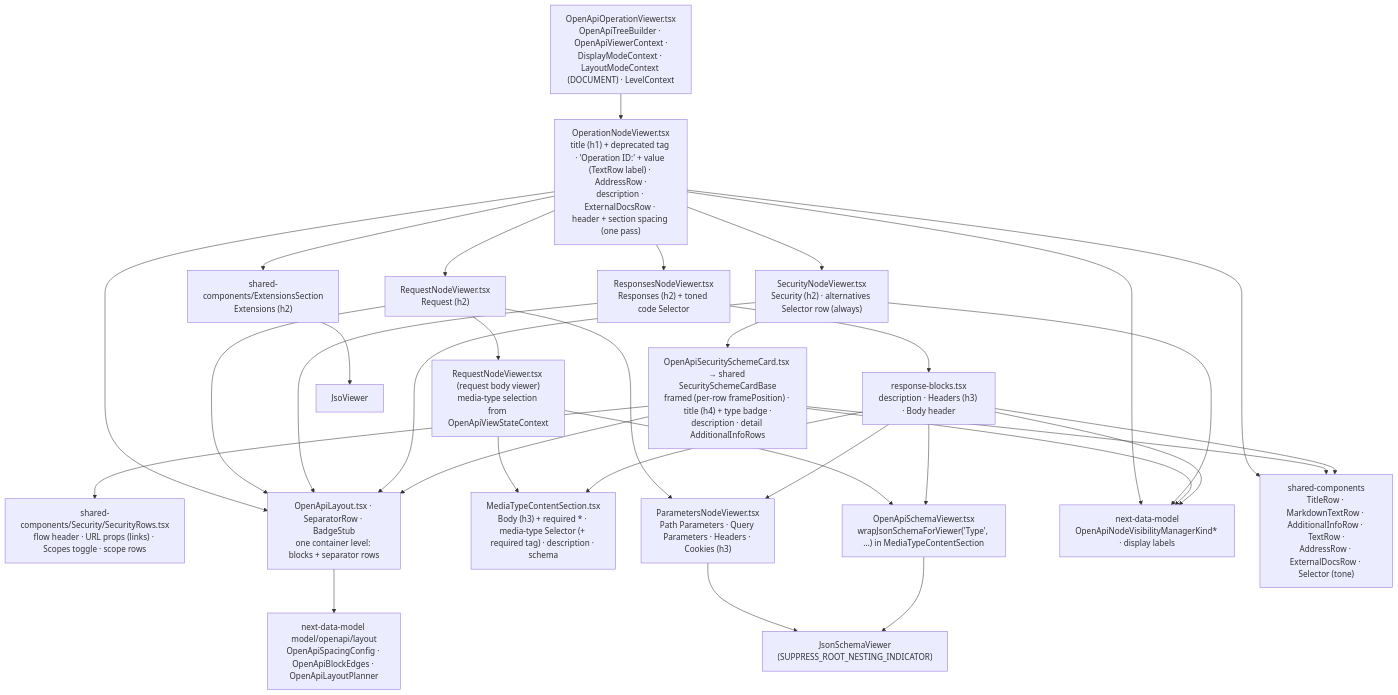
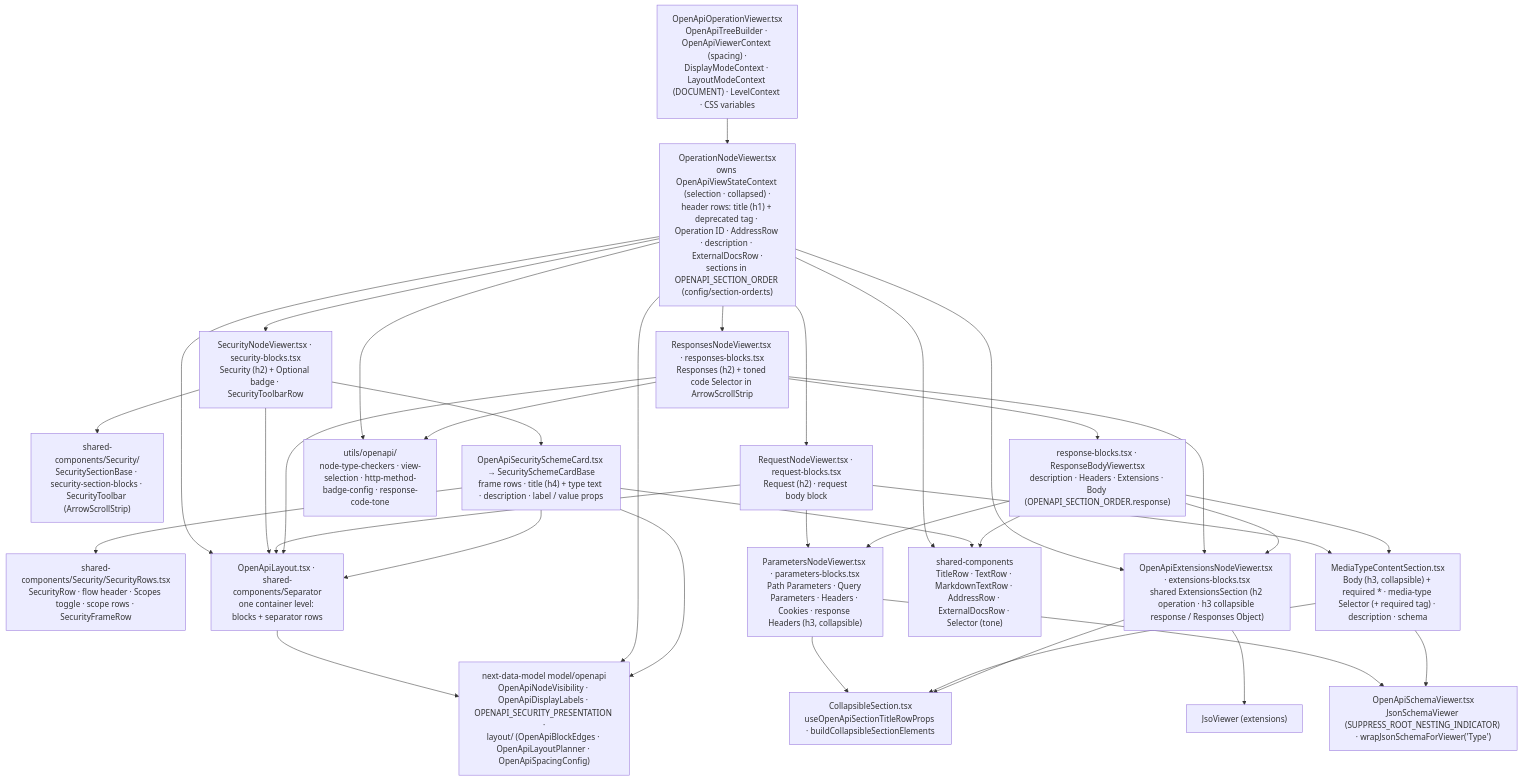
One commit to Netcracker/qubership-apihub-api-doc-viewer changed the diagram in docs/design/openapi/architecture/viewer-plain.md. Above: the diagram before and after it, drawn with Mermaid. The commit also changed other lines of this file and 52 other files, not shown here.

````diff
--- a/docs/design/openapi/architecture/viewer-plain.md
+++ b/docs/design/openapi/architecture/viewer-plain.md
@@ -8,54 +10,57 @@
 ```mermaid
 flowchart TB
-  Root["OpenApiOperationViewer.tsx<br/>OpenApiTreeBuilder · OpenApiViewerContext ·<br/>DisplayModeContext · LayoutModeContext (DOCUMENT) · LevelContext"]
-  Operation["OperationNodeViewer.tsx<br/>title (h1) + deprecated tag · 'Operation ID:' + value (TextRow label) · AddressRow ·<br/>description · ExternalDocsRow · header + section spacing (one pass)"]
-  Security["SecurityNodeViewer.tsx<br/>Security (h2) · alternatives Selector row (always)"]
-  Card["OpenApiSecuritySchemeCard.tsx → shared SecuritySchemeCardBase<br/>framed (per-row framePosition) · title (h4) + type badge ·<br/>description · detail AdditionalInfoRows"]
-  Flow["shared-components/Security/SecurityRows.tsx<br/>flow header · URL props (links) · Scopes toggle · scope rows"]
-  Extensions["shared-components/ExtensionsSection<br/>Extensions (h2)"]
-  Request["RequestNodeViewer.tsx<br/>Request (h2)"]
-  Params["ParametersNodeViewer.tsx<br/>Path Parameters · Query Parameters · Headers · Cookies (h3)"]
-  Body["RequestNodeViewer.tsx (request body viewer)<br/>media-type selection from OpenApiViewStateContext"]
-  BodyHeader["MediaTypeContentSection.tsx<br/>Body (h3) + required * · media-type Selector (+ required tag) · description · schema"]
-  Responses["ResponsesNodeViewer.tsx<br/>Responses (h2) + toned code Selector"]
-  Response["response-blocks.tsx<br/>description · Headers (h3) · Body header"]
-  MediaSchema["OpenApiSchemaViewer.tsx<br/>wrapJsonSchemaForViewer('Type', …) in MediaTypeContentSection"]
-  Layout["OpenApiLayout.tsx · SeparatorRow · BadgeStub<br/>one container level: blocks + separator rows"]
-  LayoutData["next-data-model model/openapi/layout<br/>OpenApiSpacingConfig · OpenApiBlockEdges · OpenApiLayoutPlanner"]
-  Visibility["next-data-model<br/>OpenApiNodeVisibilityManagerKind* · display labels"]
-  JsonSchema["JsonSchemaViewer<br/>(SUPPRESS_ROOT_NESTING_INDICATOR)"]
-  Jso["JsoViewer"]
-  SharedRows["shared-components<br/>TitleRow · MarkdownTextRow · AdditionalInfoRow · TextRow ·<br/>AddressRow · ExternalDocsRow · Selector (tone)"]
+  Root["OpenApiOperationViewer.tsx<br/>OpenApiTreeBuilder · OpenApiViewerContext (spacing) ·<br/>DisplayModeContext · LayoutModeContext (DOCUMENT) · LevelContext · CSS variables"]
+  Operation["OperationNodeViewer.tsx<br/>owns OpenApiViewStateContext (selection · collapsed) ·<br/>header rows: title (h1) + deprecated tag · Operation ID · AddressRow · description · ExternalDocsRow ·<br/>sections in OPENAPI_SECTION_ORDER (config/section-order.ts)"]
+  Security["SecurityNodeViewer.tsx · security-blocks.tsx<br/>Security (h2) + Optional badge · SecurityToolbarRow"]
+  SecBase["shared-components/Security/<br/>SecuritySectionBase · security-section-blocks · SecurityToolbar (ArrowScrollStrip)"]
+  Card["OpenApiSecuritySchemeCard.tsx → SecuritySchemeCardBase<br/>frame rows · title (h4) + type text · description · label / value props"]
+  SecRows["shared-components/Security/SecurityRows.tsx<br/>SecurityRow · flow header · Scopes toggle · scope rows · SecurityFrameRow"]
+  Extensions["OpenApiExtensionsNodeViewer.tsx · extensions-blocks.tsx<br/>shared ExtensionsSection (h2 operation · h3 collapsible response / Responses Object)"]
+  Request["RequestNodeViewer.tsx · request-blocks.tsx<br/>Request (h2) · request body block"]
+  Params["ParametersNodeViewer.tsx · parameters-blocks.tsx<br/>Path Parameters · Query Parameters · Headers · Cookies · response Headers (h3, collapsible)"]
+  Body["MediaTypeContentSection.tsx<br/>Body (h3, collapsible) + required * · media-type Selector (+ required tag) · description · schema"]
+  Responses["ResponsesNodeViewer.tsx · responses-blocks.tsx<br/>Responses (h2) + toned code Selector in ArrowScrollStrip"]
+  Response["response-blocks.tsx · ResponseBodyViewer.tsx<br/>description · Headers · Extensions · Body (OPENAPI_SECTION_ORDER.response)"]
+  Collapsible["CollapsibleSection.tsx<br/>useOpenApiSectionTitleRowProps · buildCollapsibleSectionElements"]
+  SchemaViewer["OpenApiSchemaViewer.tsx<br/>JsonSchemaViewer (SUPPRESS_ROOT_NESTING_INDICATOR) · wrapJsonSchemaForViewer('Type')"]
+  Layout["OpenApiLayout.tsx · shared-components/Separator<br/>one container level: blocks + separator rows"]
+  ViewUtils["utils/openapi/<br/>node-type-checkers · view-selection · http-method-badge-config · response-code-tone"]
+  NdmModel["next-data-model model/openapi<br/>OpenApiNodeVisibility · OpenApiDisplayLabels · OPENAPI_SECURITY_PRESENTATION ·<br/>layout/ (OpenApiBlockEdges · OpenApiLayoutPlanner · OpenApiSpacingConfig)"]
+  Jso["JsoViewer (extensions)"]
+  SharedRows["shared-components<br/>TitleRow · TextRow · MarkdownTextRow · AddressRow · ExternalDocsRow · Selector (tone)"]
 
   Root --> Operation
   Operation --> Security
   Operation --> Extensions
   Operation --> Request
   Operation --> Responses
+  Security --> SecBase
   Security --> Card
-  Card --> Flow
+  Card --> SecRows
   Request --> Params
   Request --> Body
-  Body --> BodyHeader
-  Body --> MediaSchema
   Responses --> Response
+  Responses --> Extensions
   Response --> Params
-  Response --> BodyHeader
-  Response --> MediaSchema
-  Params --> JsonSchema
-  MediaSchema --> JsonSchema
+  Response --> Extensions
+  Response --> Body
+  Params --> Collapsible
+  Body --> Collapsible
+  Extensions --> Collapsible
+  Params --> SchemaViewer
+  Body --> SchemaViewer
   Extensions --> Jso
-  Operation --> Visibility
-  Security --> Visibility
-  Card --> Visibility
-  Response --> Visibility
+  Operation --> Layout
+  Security --> Layout
+  Request --> Layout
+  Responses --> Layout
+  Card --> Layout
+  Layout --> NdmModel
+  Operation --> NdmModel
+  Card --> NdmModel
+  Operation --> ViewUtils
+  Responses --> ViewUtils
   Operation --> SharedRows
   Card --> SharedRows
   Response --> SharedRows
-  Operation --> Layout
-  Request --> Layout
-  Responses --> Layout
-  Security --> Layout
-  Card --> Layout
-  Layout --> LayoutData
 ```
````
